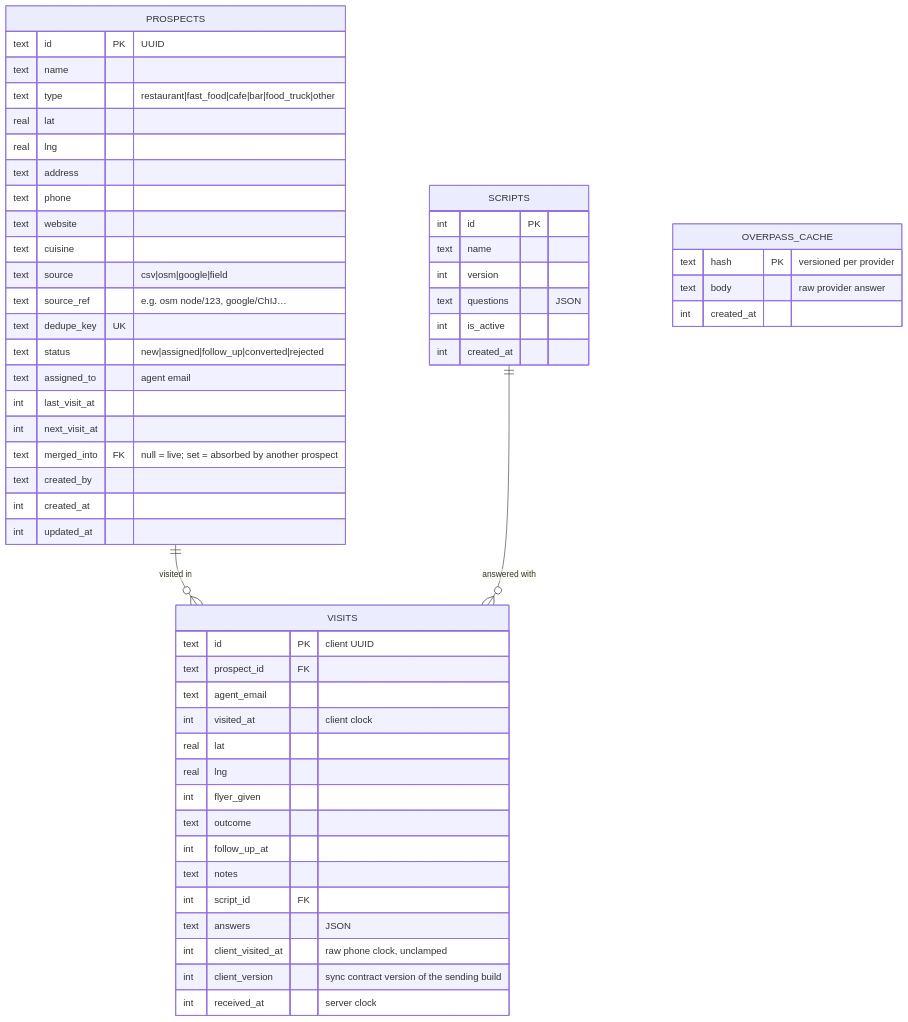
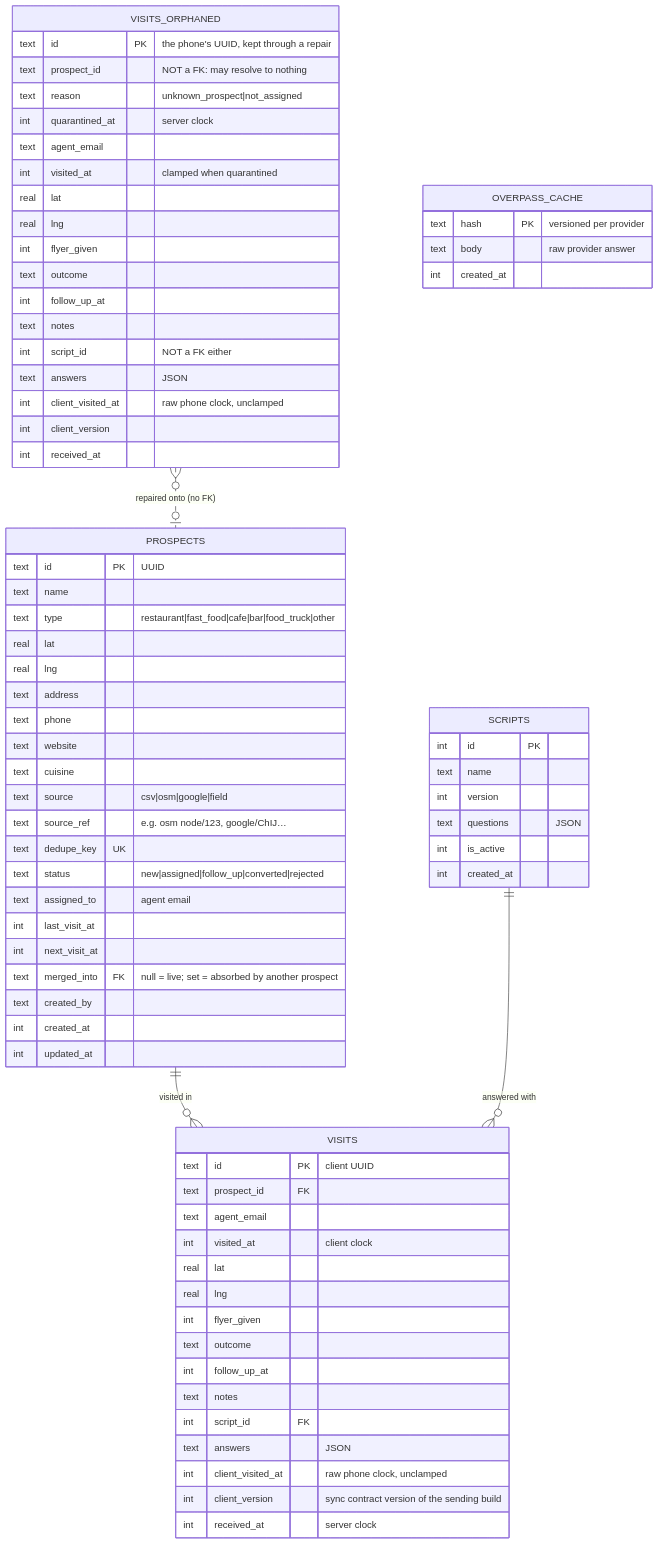
The diagram in docs/data-model.md (FixbyteStudio/captain-prospectus), drawn with Mermaid before and after one commit. The commit also changed other lines of this file and 14 other files, not shown here.

````diff
--- a/docs/data-model.md
+++ b/docs/data-model.md
@@ -5,57 +5,77 @@
 ```mermaid
 erDiagram
   PROSPECTS ||--o{ VISITS : "visited in"
   SCRIPTS ||--o{ VISITS : "answered with"
+  VISITS_ORPHANED }o..o| PROSPECTS : "repaired onto (no FK)"
   PROSPECTS {
     text id PK "UUID"
     text name
     text type "restaurant|fast_food|cafe|bar|food_truck|other"
     real lat
     real lng
     text address
     text phone
     text website
     text cuisine
     text source "csv|osm|google|field"
     text source_ref "e.g. osm node/123, google/ChIJ…"
     text dedupe_key UK
     text status "new|assigned|follow_up|converted|rejected"
     text assigned_to "agent email"
     int last_visit_at
     int next_visit_at
     text merged_into FK "null = live; set = absorbed by another prospect"
     text created_by
     int created_at
     int updated_at
   }
   VISITS {
     text id PK "client UUID"
     text prospect_id FK
     text agent_email
     int visited_at "client clock"
     real lat
     real lng
     int flyer_given
     text outcome
     int follow_up_at
     text notes
     int script_id FK
     text answers "JSON"
     int client_visited_at "raw phone clock, unclamped"
     int client_version "sync contract version of the sending build"
     int received_at "server clock"
   }
+  VISITS_ORPHANED {
+    text id PK "the phone's UUID, kept through a repair"
+    text prospect_id "NOT a FK: may resolve to nothing"
+    text reason "unknown_prospect|not_assigned"
+    int quarantined_at "server clock"
+    text agent_email
+    int visited_at "clamped when quarantined"
+    real lat
+    real lng
+    int flyer_given
+    text outcome
+    int follow_up_at
+    text notes
+    int script_id "NOT a FK either"
+    text answers "JSON"
+    int client_visited_at "raw phone clock, unclamped"
+    int client_version
+    int received_at
+  }
   SCRIPTS {
     int id PK
     text name
     int version
     text questions "JSON"
     int is_active
     int created_at
   }
   OVERPASS_CACHE {
     text hash PK "versioned per provider"
     text body "raw provider answer"
     int created_at
   }
 ```
````
